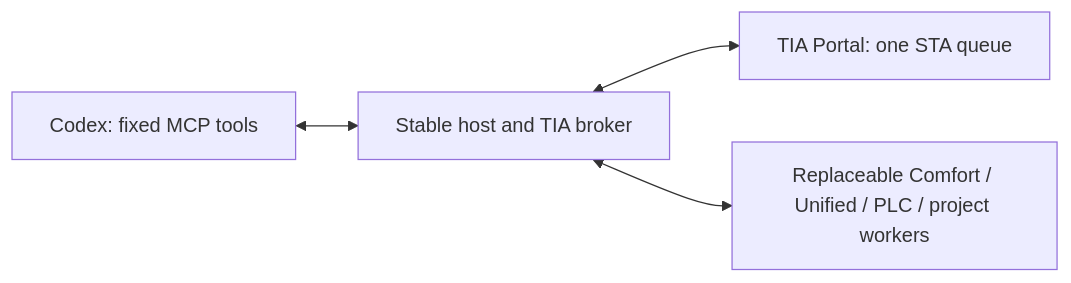
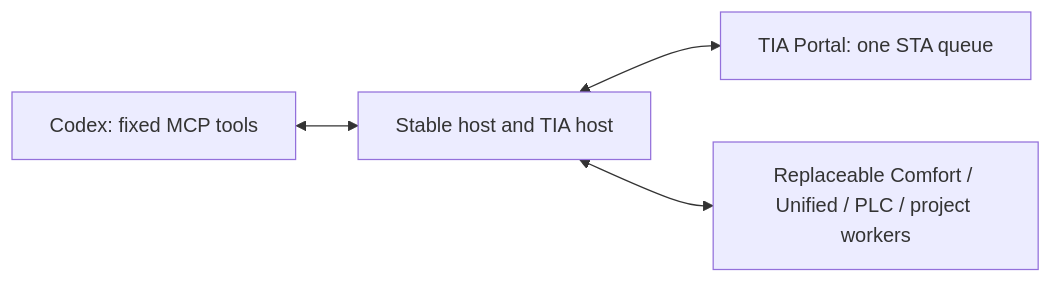
One commit to votecoffee/SiemensMCPServer changed the diagram in plugin/EXTENSIONS.md. Above: the diagram before and after it, drawn with Mermaid. The commit also changed other lines of this file and 51 other files, not shown here.

````diff
--- a/plugin/EXTENSIONS.md
+++ b/plugin/EXTENSIONS.md
@@ -7,6 +7,6 @@
 ```mermaid
 flowchart LR
-    C[Codex: fixed MCP tools] <--> H[Stable host and TIA broker]
+    C[Codex: fixed MCP tools] <--> H[Stable host and TIA host]
     H <--> T[TIA Portal: one STA queue]
     H <--> W[Replaceable Comfort / Unified / PLC / project workers]
 ```
````
